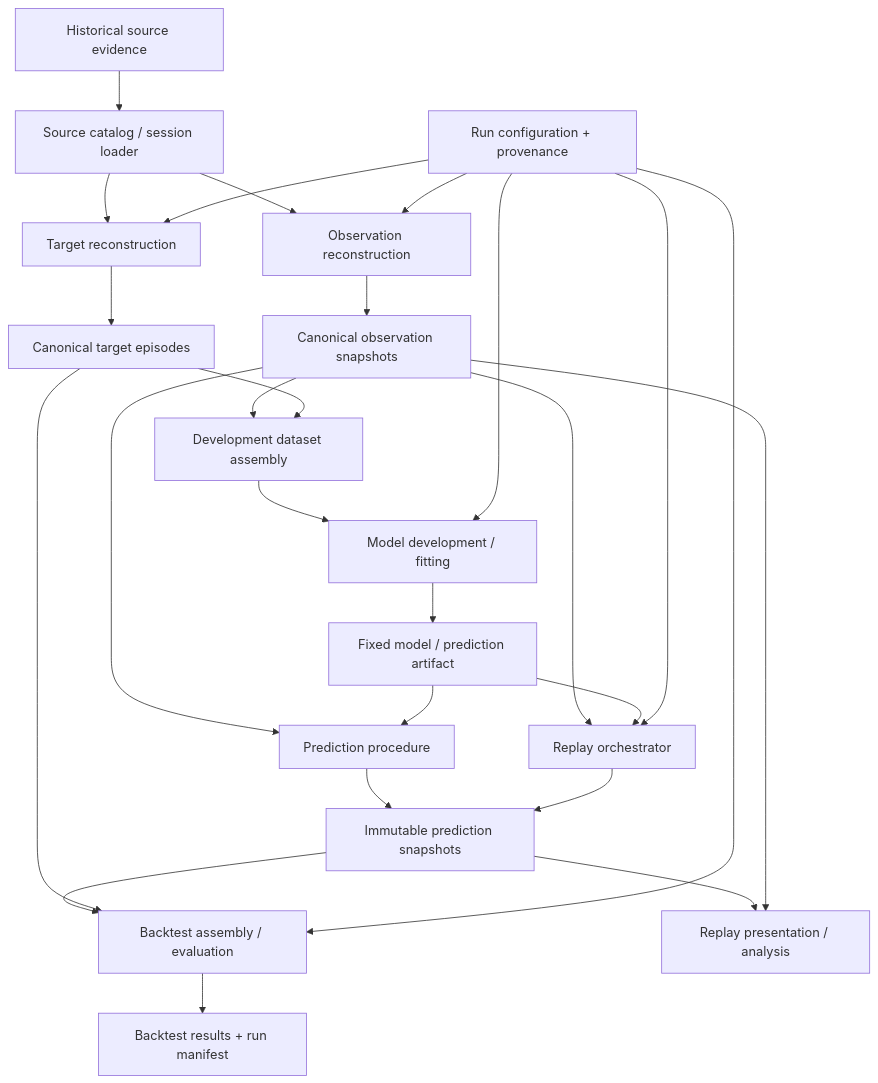
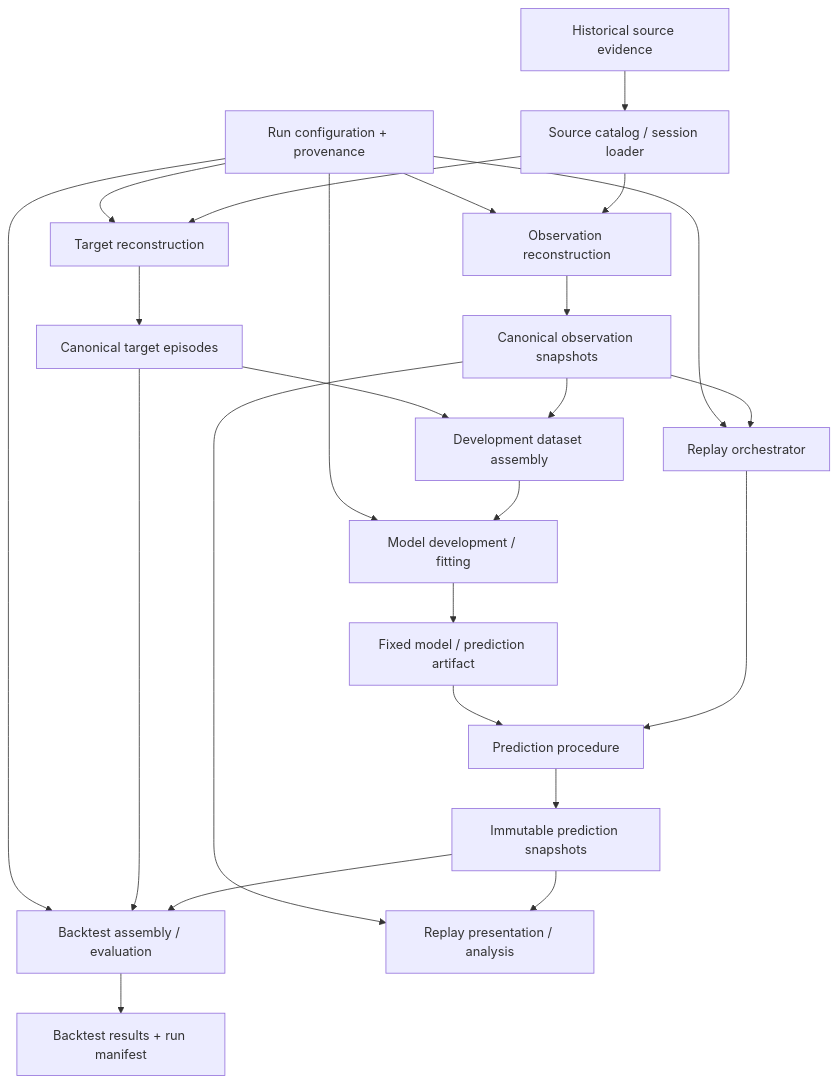
Before and after one commit to Nelson-Jnrnd/f1-pit-predictor-dataset: the diagram in design/SYSTEM_ARCHITECTURE.md, drawn with Mermaid. The commit also changed other lines of this file, not shown here.

Commit message:
docs: correct replay prediction dependency

````diff
--- a/design/SYSTEM_ARCHITECTURE.md
+++ b/design/SYSTEM_ARCHITECTURE.md
@@ -72,36 +72,33 @@
 ```mermaid
 flowchart TD
     S[Historical source evidence] --> C[Source catalog / session loader]
 
     C --> O[Observation reconstruction]
     C --> T[Target reconstruction]
 
     O --> OS[Canonical observation snapshots]
     T --> TS[Canonical target episodes]
 
-    OS --> P[Prediction procedure]
-    MA[Fixed model / prediction artifact] --> P
-    P --> PS[Immutable prediction snapshots]
-
     OS --> D[Development dataset assembly]
     TS --> D
     D --> M[Model development / fitting]
-    M --> MA
+    M --> MA[Fixed model / prediction artifact]
 
     OS --> R[Replay orchestrator]
-    MA --> R
-    R --> PS
+    R --> P[Prediction procedure]
+    MA --> P
+    P --> PS[Immutable prediction snapshots]
 
     PS --> B[Backtest assembly / evaluation]
     TS --> B
     B --> BR[Backtest results + run manifest]
 
     PS --> RP[Replay presentation / analysis]
     OS --> RP
 
     PROV[Run configuration + provenance] --> O
     PROV --> T
     PROV --> M
     PROV --> R
     PROV --> B
 ```
````
